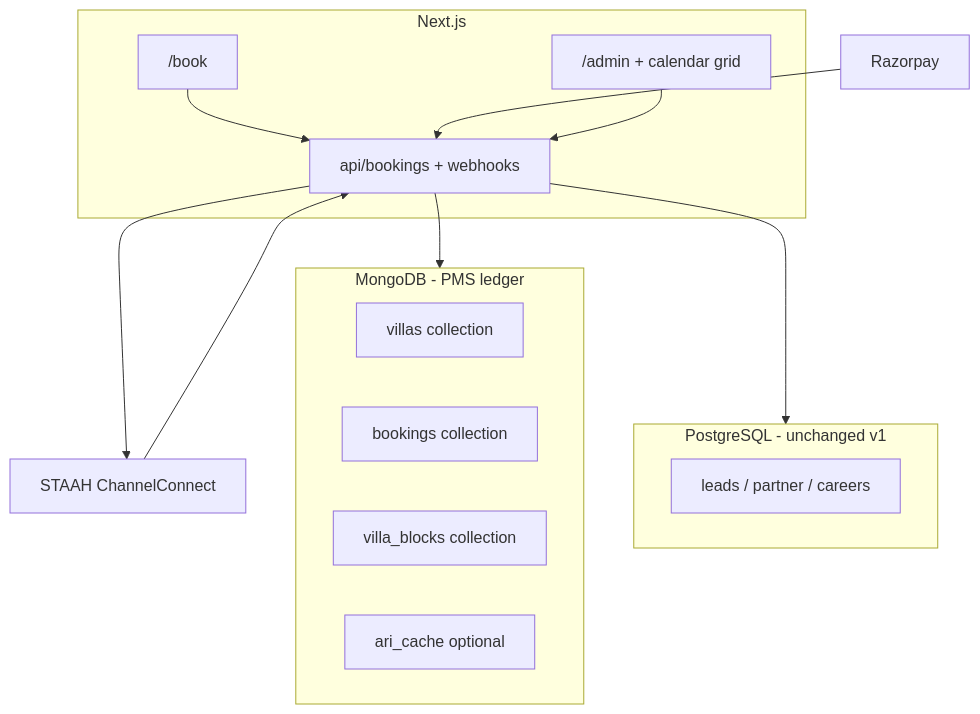
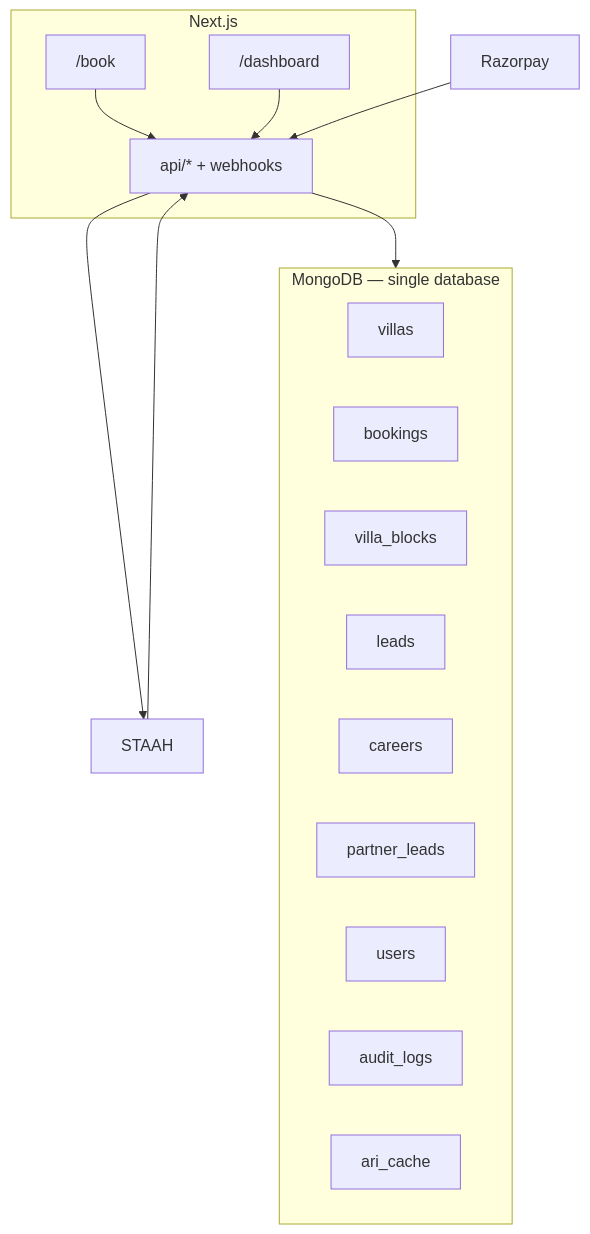
Before and after one commit to Saad248-web/Jade_Revamp: the third of 5 diagrams in .cursor/plans/custom_villa_pms_36203919.plan.md, drawn with Mermaid. The commit also changed other lines of this file and 397 other files, not shown here.

First line of the commit message:
feat(pms): Jade Host dashboard, booking CMS, and responsive UI polish

````diff
--- a/.cursor/plans/custom_villa_pms_36203919.plan.md
+++ b/.cursor/plans/custom_villa_pms_36203919.plan.md
@@ -345,30 +729,30 @@
 ```mermaid
 flowchart TB
   subgraph site ["Next.js"]
     Book["/book"]
-    Admin["/admin + calendar grid"]
-    APIs["api/bookings + webhooks"]
+    Dash["/dashboard"]
+    APIs["api/* + webhooks"]
   end
 
-  subgraph mongo ["MongoDB - PMS ledger"]
-    Villas["villas collection"]
-    Bookings["bookings collection"]
-    Blocks["villa_blocks collection"]
-    AriCache["ari_cache optional"]
-  end
-
-  subgraph pg ["PostgreSQL - unchanged v1"]
-    Leads["leads / partner / careers"]
+  subgraph mongo ["MongoDB — single database"]
+    Villas["villas"]
+    Bookings["bookings"]
+    Blocks["villa_blocks"]
+    Leads["leads"]
+    Careers["careers"]
+    Partner["partner_leads"]
+    Users["users"]
+    Audit["audit_logs"]
+    AriCache["ari_cache"]
   end
 
   RZ["Razorpay"]
-  ST["STAAH ChannelConnect"]
+  ST["STAAH"]
 
   Book --> APIs
+  Dash --> APIs
   APIs --> mongo
-  APIs --> pg
   RZ --> APIs
   APIs --> ST
   ST --> APIs
-  Admin --> APIs
 ```
````
